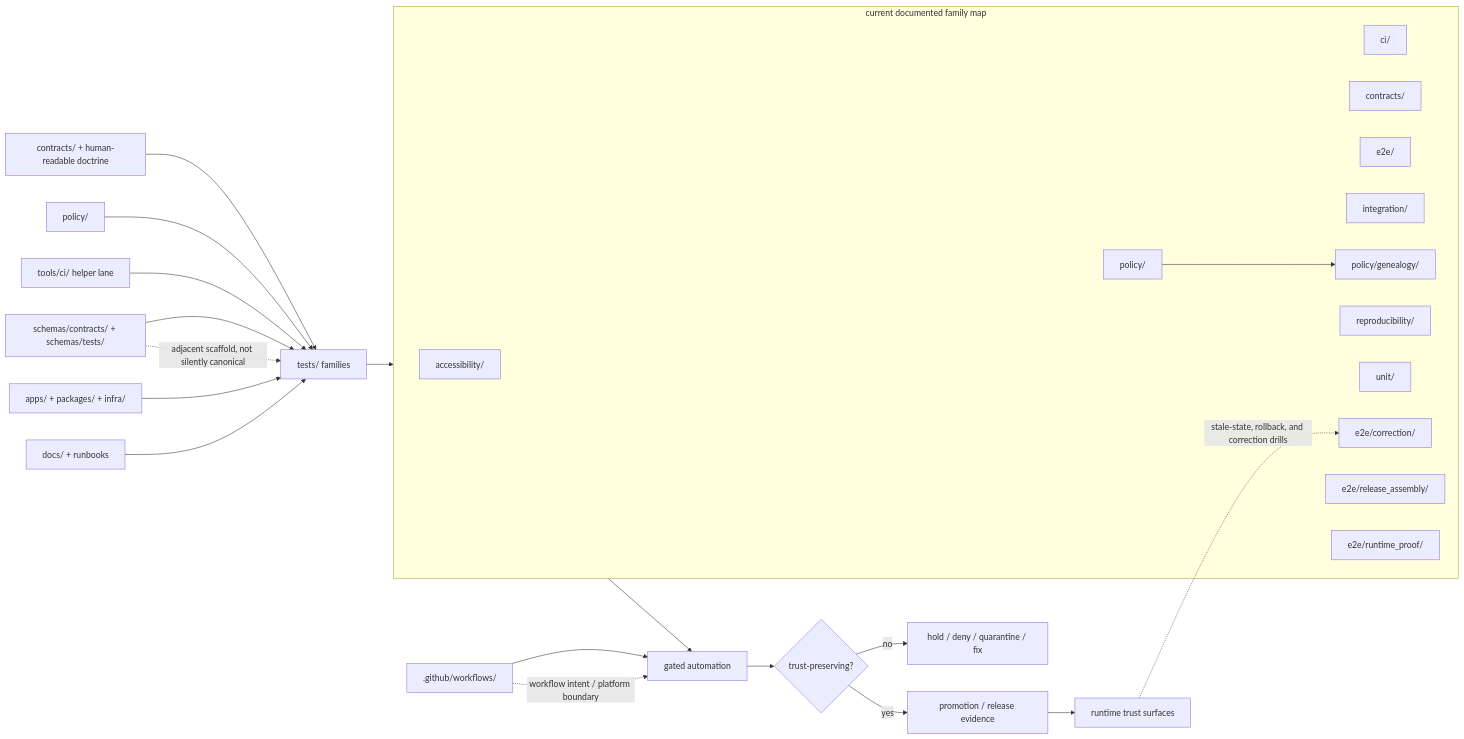
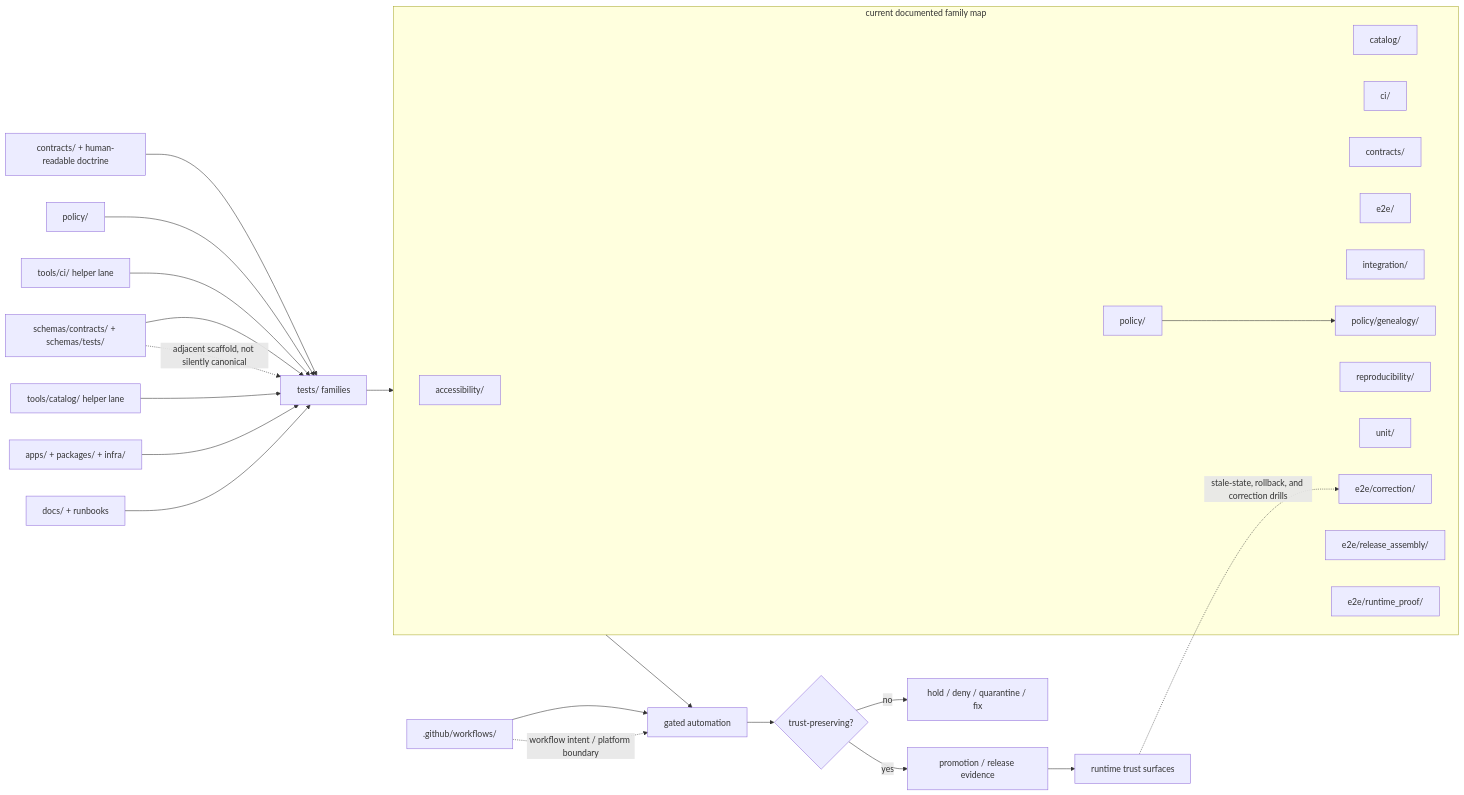
Before and after one commit to bartytime4life/Kansas-Frontier-Matrix: the diagram in tests/README.md, drawn with Mermaid. The commit also changed other lines of this file, not shown here.

````diff
--- a/tests/README.md
+++ b/tests/README.md
@@ -418,38 +487,40 @@
 ```mermaid
 flowchart LR
     C["contracts/ + human-readable doctrine"] --> T["tests/ families"]
     SC["schemas/contracts/ + schemas/tests/"] --> T
     P["policy/"] --> T
     H["tools/ci/ helper lane"] --> T
+    HC["tools/catalog/ helper lane"] --> T
     A["apps/ + packages/ + infra/"] --> T
     D["docs/ + runbooks"] --> T
     W[".github/workflows/"] --> G["gated automation"]
 
     subgraph F["current documented family map"]
       AX["accessibility/"]
+      CA["catalog/"]
       CI["ci/"]
       K["contracts/"]
       E["e2e/"]
       I["integration/"]
       PO["policy/"]
       PG["policy/genealogy/"]
       R["reproducibility/"]
       U["unit/"]
       EC["e2e/correction/"]
       ER["e2e/release_assembly/"]
       EP["e2e/runtime_proof/"]
     end
 
     T --> F
     PO --> PG
     F --> G
     G --> Q{"trust-preserving?"}
 
     Q -->|no| H2["hold / deny / quarantine / fix"]
     Q -->|yes| PR["promotion / release evidence"]
     PR --> RT["runtime trust surfaces"]
 
     RT -. stale-state, rollback, and correction drills .-> EC
     W -. workflow intent / platform boundary .-> G
     SC -. adjacent scaffold, not silently canonical .-> T
 ```
````
